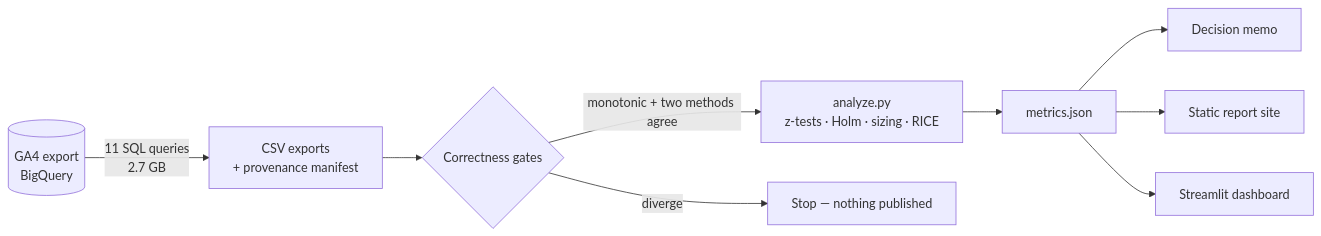
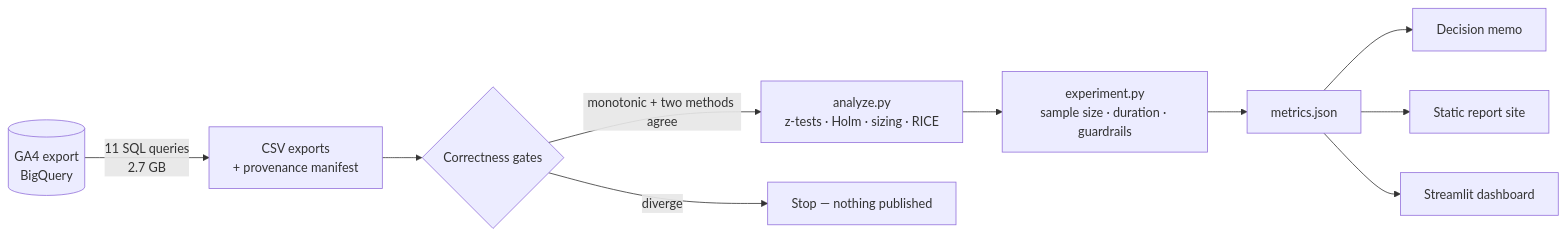
Before and after one commit to IshaanS0112/FunnelScope: the diagram in README.md, drawn with Mermaid. The commit also changed other lines of this file and 15 other files, not shown here.

````diff
--- a/README.md
+++ b/README.md
@@ -49,11 +51,12 @@
 ```mermaid
 flowchart LR
     A[(GA4 export<br/>BigQuery)] -->|11 SQL queries<br/>2.7 GB| B[CSV exports<br/>+ provenance manifest]
     B --> C{Correctness gates}
     C -->|monotonic + two methods agree| D[analyze.py<br/>z-tests · Holm · sizing · RICE]
     C -->|diverge| X[Stop — nothing published]
-    D --> E[metrics.json]
+    D --> T[experiment.py<br/>sample size · duration · guardrails]
+    T --> E[metrics.json]
     E --> F[Decision memo]
     E --> G[Static report site]
     E --> H[Streamlit dashboard]
 ```
````
